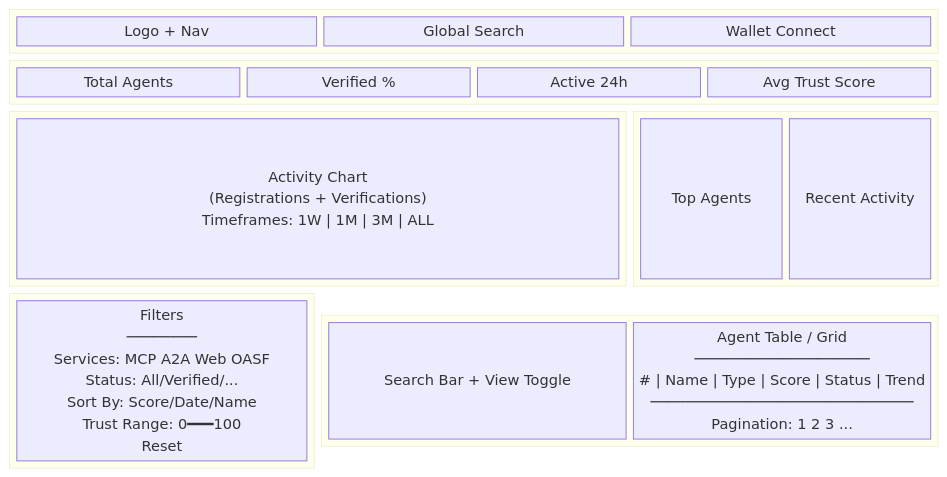
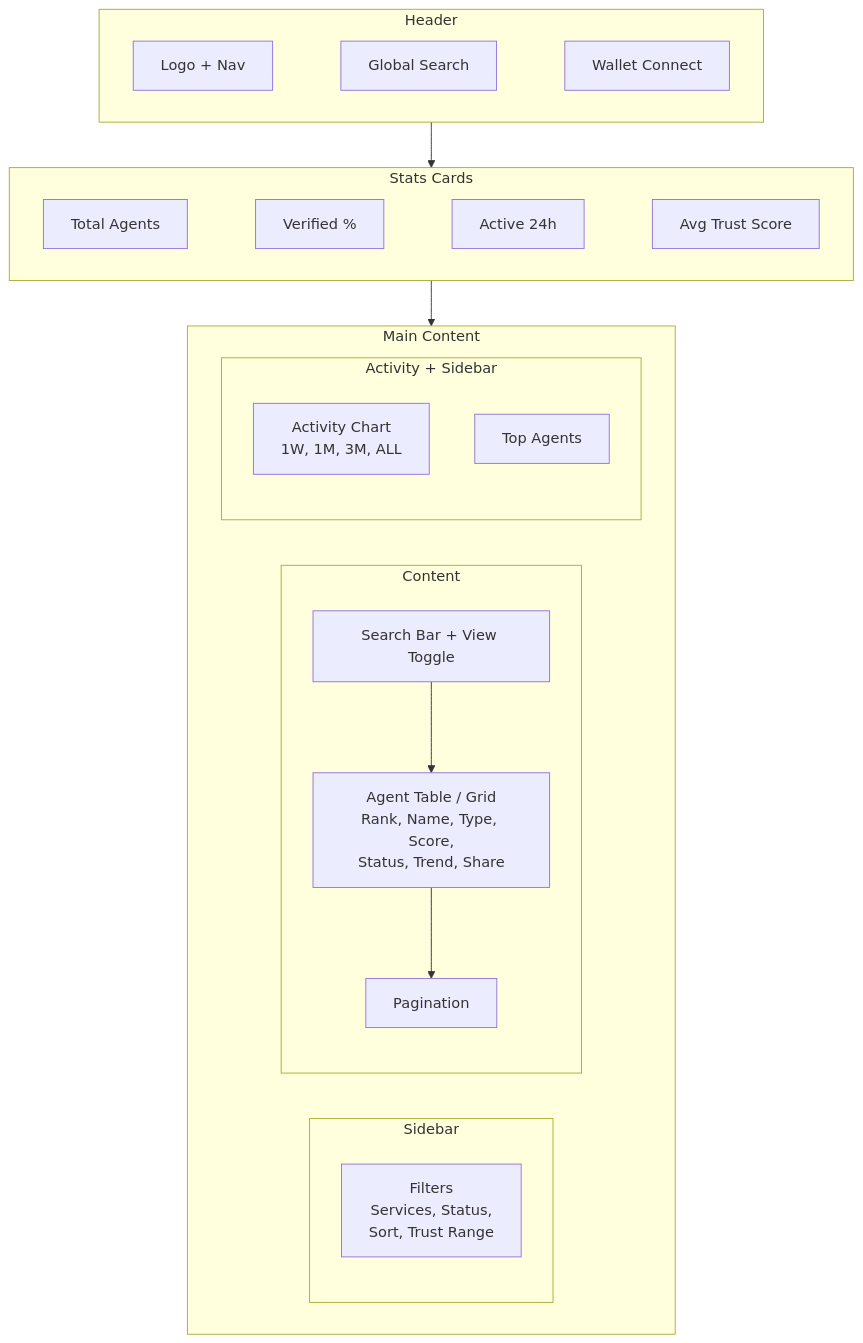
One commit to Cyberpaisa/super-sentinel changed the second of 2 diagrams in docs/features/scanner.md. Above: the diagram before and after it, drawn with Mermaid. The commit also changed other lines of this file and 1 other file, not shown here.

Commit message:
fix(docs): escape pipe characters in mermaid node labels
Replace | with commas inside mermaid node labels to fix GitHub
rendering errors. Replace block-beta diagram with standard graph
for better compatibility.

````diff
--- a/docs/features/scanner.md
+++ b/docs/features/scanner.md
@@ -38,35 +38,30 @@
 ```mermaid
-block-beta
-    columns 3
-
-    block:header:3
-        Logo["Logo + Nav"]
-        Search["Global Search"]
-        Wallet["Wallet Connect"]
+graph TD
+    subgraph Header["Header"]
+        Logo["Logo + Nav"] ~~~ Search["Global Search"] ~~~ Wallet["Wallet Connect"]
     end
 
-    block:kpi:3
-        K1["Total Agents"]
-        K2["Verified %"]
-        K3["Active 24h"]
-        K4["Avg Trust Score"]
+    subgraph KPIs["Stats Cards"]
+        K1["Total Agents"] ~~~ K2["Verified %"] ~~~ K3["Active 24h"] ~~~ K4["Avg Trust Score"]
     end
 
-    block:chart:2
-        ActivityChart["Activity Chart<br/>(Registrations + Verifications)<br/>Timeframes: 1W | 1M | 3M | ALL"]
+    subgraph MainArea["Main Content"]
+        subgraph Left["Sidebar"]
+            Filters["Filters<br/>Services, Status,<br/>Sort, Trust Range"]
+        end
+
+        subgraph Right["Content"]
+            SearchBar["Search Bar + View Toggle"]
+            AgentTable["Agent Table / Grid<br/>Rank, Name, Type, Score,<br/>Status, Trend, Share"]
+            Pagination["Pagination"]
+        end
+
+        subgraph Charts["Activity + Sidebar"]
+            ActivityChart["Activity Chart<br/>1W, 1M, 3M, ALL"]
+            TopAgents["Top Agents"]
+        end
     end
 
-    block:sidebar:1
-        TopAgents["Top Agents"]
-        RecentActivity["Recent Activity"]
-    end
-
-    block:filters:1
-        F["Filters<br/>────────<br/>Services: MCP A2A Web OASF<br/>Status: All/Verified/...<br/>Sort By: Score/Date/Name<br/>Trust Range: 0━━━100<br/>Reset"]
-    end
-
-    block:table:2
-        SearchBar["Search Bar + View Toggle"]
-        AgentTable["Agent Table / Grid<br/>────────────────────<br/># | Name | Type | Score | Status | Trend<br/>──────────────────────────────<br/>Pagination: 1 2 3 ..."]
-    end
+    Header --> KPIs --> MainArea
+    SearchBar --> AgentTable --> Pagination
 ```
````
